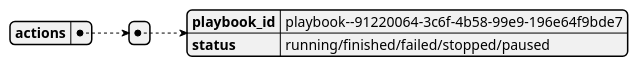
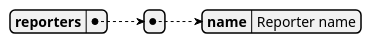
Diagram 16 of 18 in docs/content/en/docs/core-components/api-design.md (COSSAS/SOARCA), drawn with PlantUML before and after one commit. The commit also changed other lines of this file, not shown here.

Commit message:
Updated /status api description

````diff
--- a/docs/content/en/docs/core-components/api-design.md
+++ b/docs/content/en/docs/core-components/api-design.md
@@ -529,13 +475,11 @@
 ```plantuml
 @startjson
 {
-            "actions": [
-                {
-                    "playbook_id": "playbook--91220064-3c6f-4b58-99e9-196e64f9bde7",
-                    "status": "running/finished/failed/stopped/paused"
-                }
-            ]
-
+    "reporters": [
+        {
+            "name": "Reporter name"
+        }
+    ]
 }
 @endjson
 ```
````
